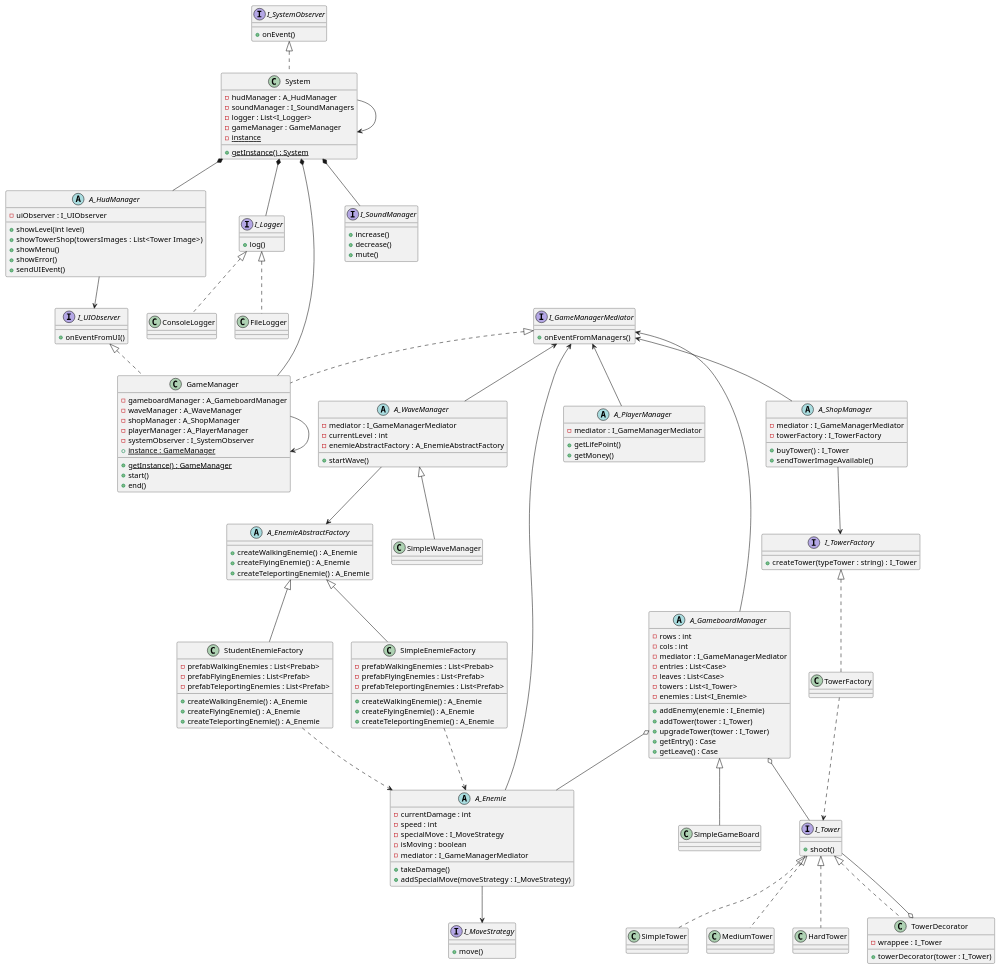
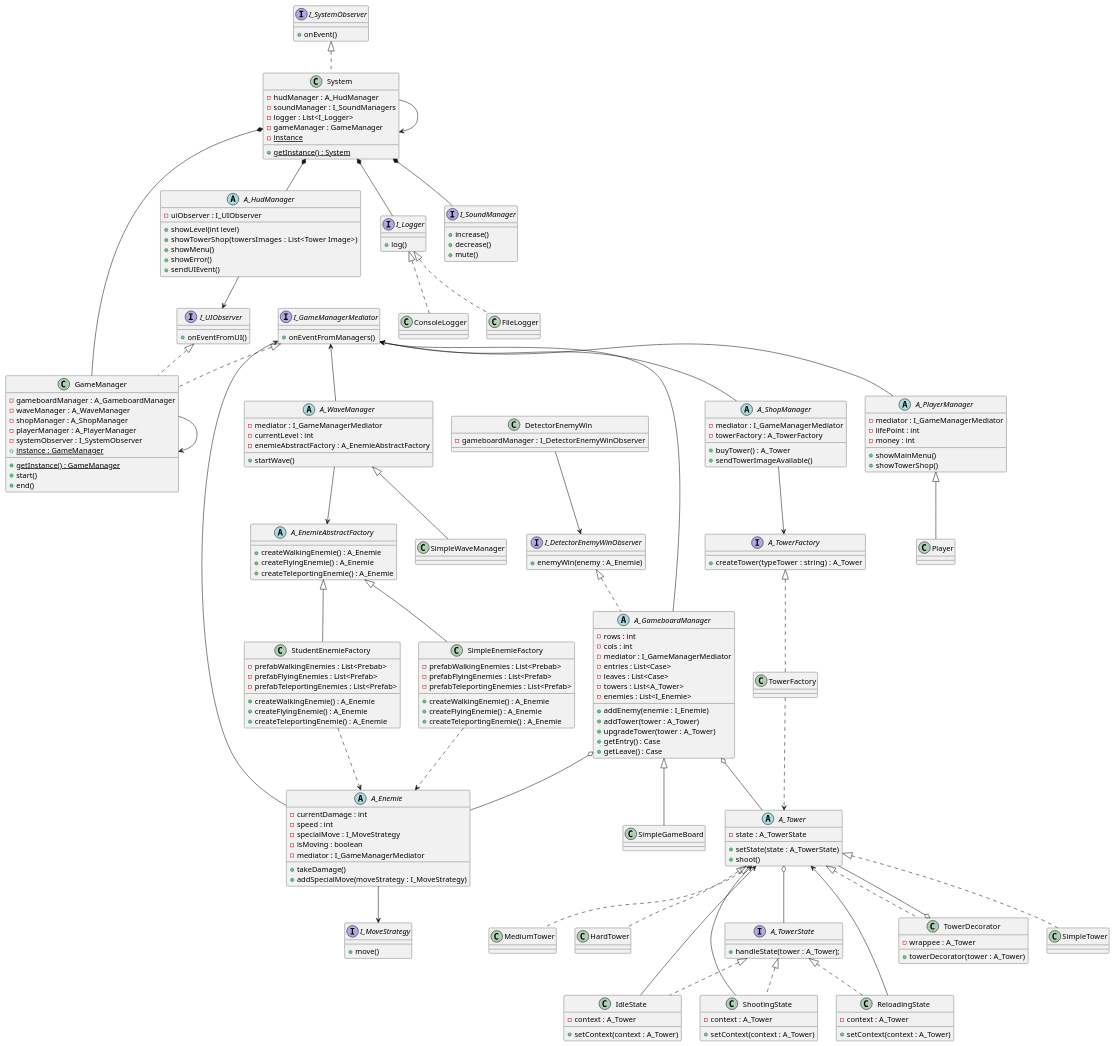
The diagram in uml.plantuml (bobylatruffe/tower_defense), drawn with PlantUML before and after one commit. The commit also changed 29 other files, not shown here.

```diff
--- a/uml.plantuml
+++ b/uml.plantuml
@@ -52,17 +52,17 @@
     - mediator : I_GameManagerMediator
     - entries : List<Case>
     - leaves : List<Case>
-    - towers : List<I_Tower>
+    - towers : List<A_Tower>
     - enemies : List<I_Enemie>
     + addEnemy(enemie : I_Enemie)
-    + addTower(tower : I_Tower)
-    + upgradeTower(tower : I_Tower)
+    + addTower(tower : A_Tower)
+    + upgradeTower(tower : A_Tower)
     + getEntry() : Case
     + getLeave() : Case
 }
 
-A_GameboardManager o-- I_Tower
-TowerDecorator o-- I_Tower
+A_GameboardManager o-- A_Tower
+TowerDecorator o-- A_Tower
 /' A_GameboardManager *-- TowerDecorator '/
 /' A_GameboardManager --> TowerDecorator '/
 
@@ -106,22 +106,24 @@
 
 abstract class A_ShopManager {
     - mediator : I_GameManagerMediator
-    - towerFactory : I_TowerFactory
-    + buyTower() : I_Tower
+    - towerFactory : A_TowerFactory
+    + buyTower() : A_Tower
     + sendTowerImageAvailable()
 }
 
 abstract class A_PlayerManager  {
     - mediator : I_GameManagerMediator
-    + getLifePoint()
-    + getMoney()
+    - lifePoint : int
+    - money : int
+    + showMainMenu()
+    + showTowerShop()
 }
 
-class TowerFactory implements I_TowerFactory {
+class TowerFactory implements A_TowerFactory {
 
 }
 
-A_ShopManager --> I_TowerFactory
+A_ShopManager --> A_TowerFactory
 
 abstract class A_HudManager {
     - uiObserver : I_UIObserver
@@ -132,8 +134,8 @@
     + sendUIEvent()
 }
 
-interface I_TowerFactory {
-    + createTower(typeTower : string) : I_Tower
+interface A_TowerFactory {
+    + createTower(typeTower : string) : A_Tower
 }
 
 interface I_SoundManager {
@@ -172,30 +174,32 @@
 I_GameManagerMediator <-- A_WaveManager
 I_GameManagerMediator <-- A_ShopManager
 
-/' A_GameboardManager o-- I_Tower '/
+/' A_GameboardManager o-- A_Tower '/
 A_GameboardManager o-- A_Enemie
 
-TowerFactory ..> I_Tower
+TowerFactory ..> A_Tower
 
-interface I_Tower {
+abstract class A_Tower {
+    - state : A_TowerState
+    + setState(state : A_TowerState)
     + shoot()
 }
 
-class SimpleTower implements I_Tower {
+class SimpleTower implements A_Tower {
     
 }
 
-class MediumTower implements I_Tower {
+class MediumTower implements A_Tower {
     
 }
 
-class HardTower implements I_Tower {
+class HardTower implements A_Tower {
     
 }
 
-class TowerDecorator implements I_Tower {
-    - wrappee : I_Tower
-    + towerDecorator(tower : I_Tower)
+class TowerDecorator implements A_Tower {
+    - wrappee : A_Tower
+    + towerDecorator(tower : A_Tower)
 }
 
 interface I_MoveStrategy {
@@ -219,4 +223,47 @@
 
 }
 
+interface A_TowerState {
+    + handleState(tower : A_Tower);
+}
+
+class IdleState implements A_TowerState {
+    - context : A_Tower
+    + setContext(context : A_Tower)
+}
+
+class ShootingState implements A_TowerState {
+    - context : A_Tower
+    + setContext(context : A_Tower)
+}
+
+class ReloadingState implements A_TowerState {
+    - context : A_Tower
+    + setContext(context : A_Tower)
+}
+
+IdleState --> A_Tower
+ShootingState --> A_Tower
+ReloadingState --> A_Tower
+
+A_Tower o-- A_TowerState
+
+class Player extends A_PlayerManager {
+    
+}
+
+interface I_DetectorEnemyWinObserver {
+    + enemyWin(enemy : A_Enemie)
+}
+
+class DetectorEnemyWin {
+    - gameboardManager : I_DetectorEnemyWinObserver
+}
+
+abstract class A_GameboardManager implements I_DetectorEnemyWinObserver {
+    
+}
+
+DetectorEnemyWin --> I_DetectorEnemyWinObserver
+
 @enduml
```
